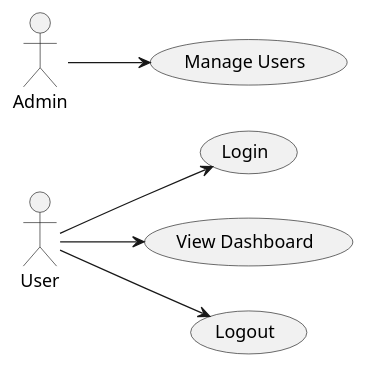
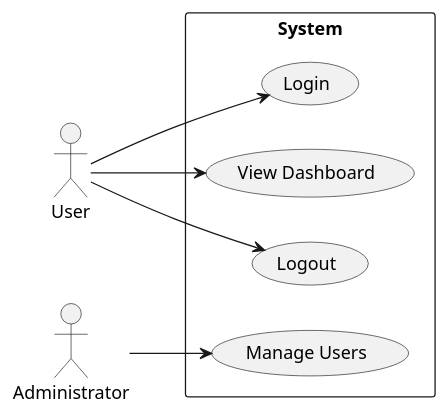
One commit to softwareDesign24/collaborateUML-ucd changed the diagram in use-case.puml. Above: the diagram before and after it, drawn with PlantUML.

```diff
--- a/use-case.puml
+++ b/use-case.puml
@@ -1,10 +1,20 @@
 @startuml
 
 left to right direction
 
-:User: --> (Login)
-:User: --> (View Dashboard)
-:User: --> (Logout)
-:Admin: --> (Manage Users)
+actor "User" as usr
+actor "Administrator" as admin
+
+rectangle System {
+  usecase "Login" as UC1
+  usecase "View Dashboard" as UC2
+  usecase "Logout" as UC3
+  usecase "Manage Users" as UC4
+}
+
+usr --> UC1
+usr --> UC2
+usr --> UC3
+admin --> UC4
 
 @enduml
```
